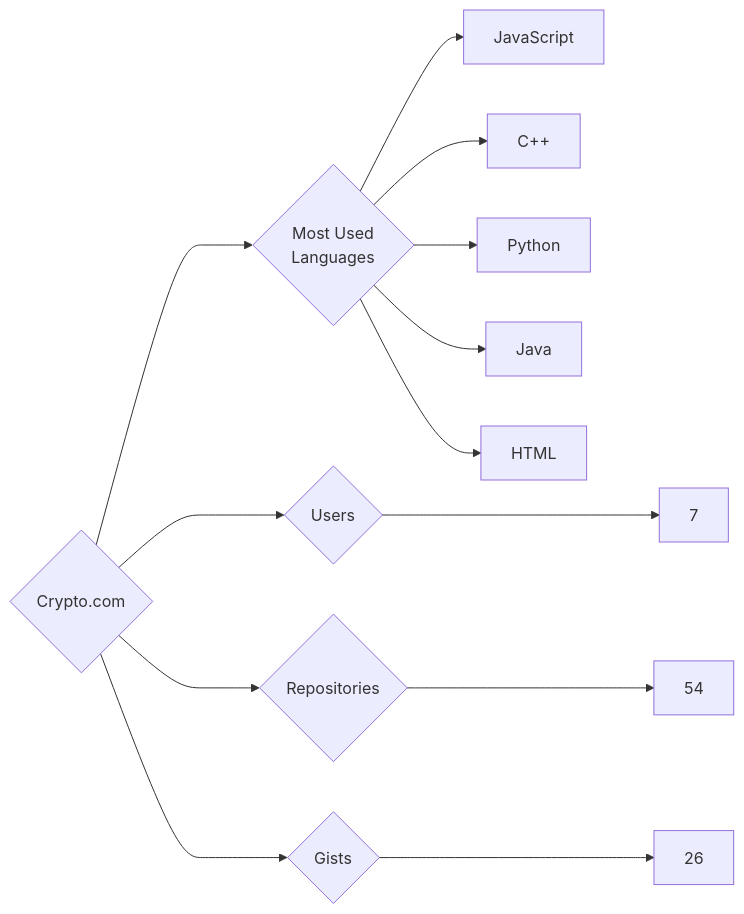
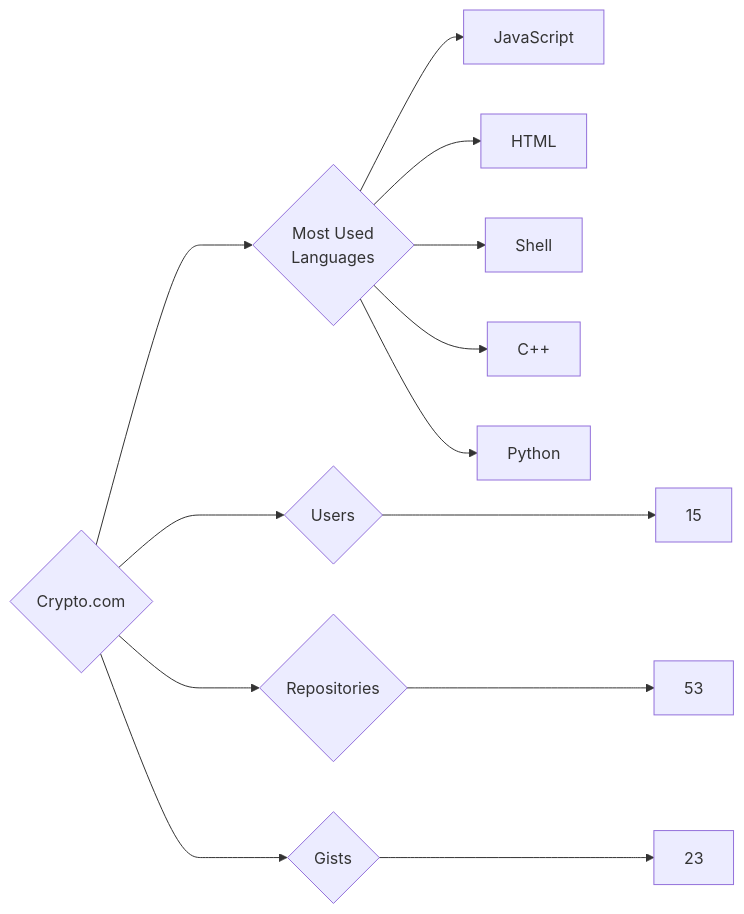
Before and after one commit to trickest/insiders: the diagram in targets/Crypto.com/README.md, drawn with Mermaid. The commit also changed 1314 other files, not shown here.

````diff
--- a/targets/Crypto.com/README.md
+++ b/targets/Crypto.com/README.md
@@ -3,13 +3,13 @@
 ```mermaid
 graph LR
 COMPANY_NAME{Crypto.com}
-COMPANY_NAME ---> U{Users} ---> UN[7]
-COMPANY_NAME ---> R{Repositories} ---> RN[54]
-COMPANY_NAME ---> G{Gists} ---> GN[26]
+COMPANY_NAME ---> U{Users} ---> UN[15]
+COMPANY_NAME ---> R{Repositories} ---> RN[53]
+COMPANY_NAME ---> G{Gists} ---> GN[23]
 COMPANY_NAME ---> ML{Most Used<br>Languages}
 ML --> JavaScript[JavaScript]
+ML --> HTML[HTML]
+ML --> Shell[Shell]
 ML --> C++[C++]
 ML --> Python[Python]
-ML --> Java[Java]
-ML --> HTML[HTML]
 ```
````
